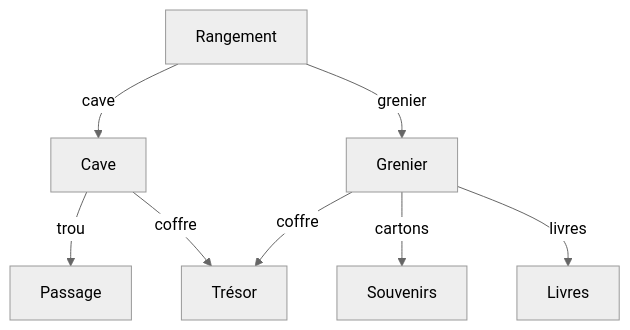
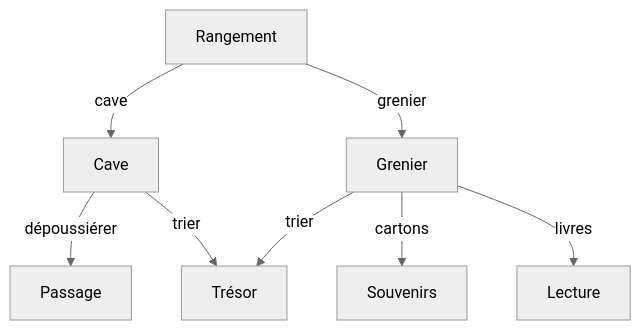
One commit to blueur/gymnase-2425 changed the diagram in docs/3cci/01-webs/13-aventure.md. Above: the diagram before and after it, drawn with Mermaid (neutral theme). The commit also changed other lines of this file and 5 other files, not shown here.

````diff
--- a/docs/3cci/01-webs/13-aventure.md
+++ b/docs/3cci/01-webs/13-aventure.md
@@ -28,10 +28,10 @@
 ```mermaid
 flowchart TD
   Rangement --> |cave| Cave
   Rangement --> |grenier| Grenier
-  Cave --> |trou| Passage
-  Cave --> |coffre| Trésor
-  Grenier --> |coffre| Trésor
+  Cave --> |dépoussiérer| Passage
+  Cave --> |trier| Trésor
+  Grenier --> |trier| Trésor
   Grenier --> |cartons| Souvenirs
-  Grenier --> |livres| Livres
+  Grenier --> |livres| Lecture
 ```
````
